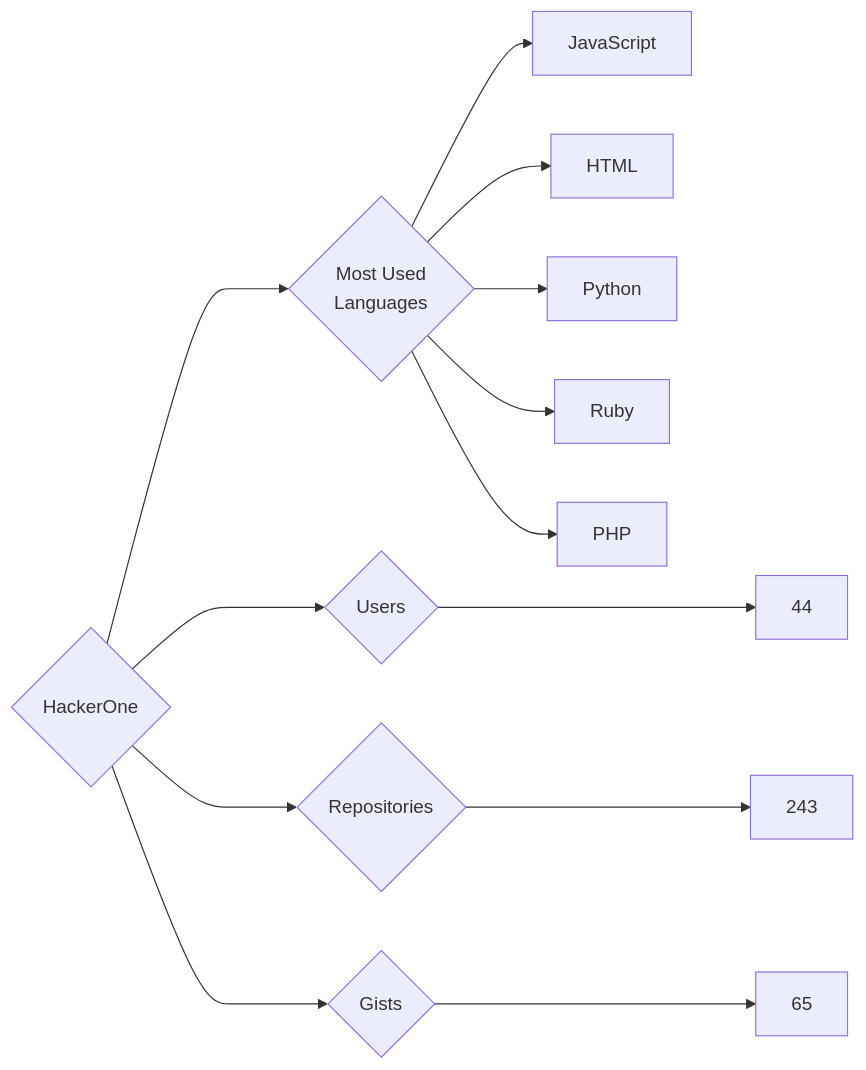
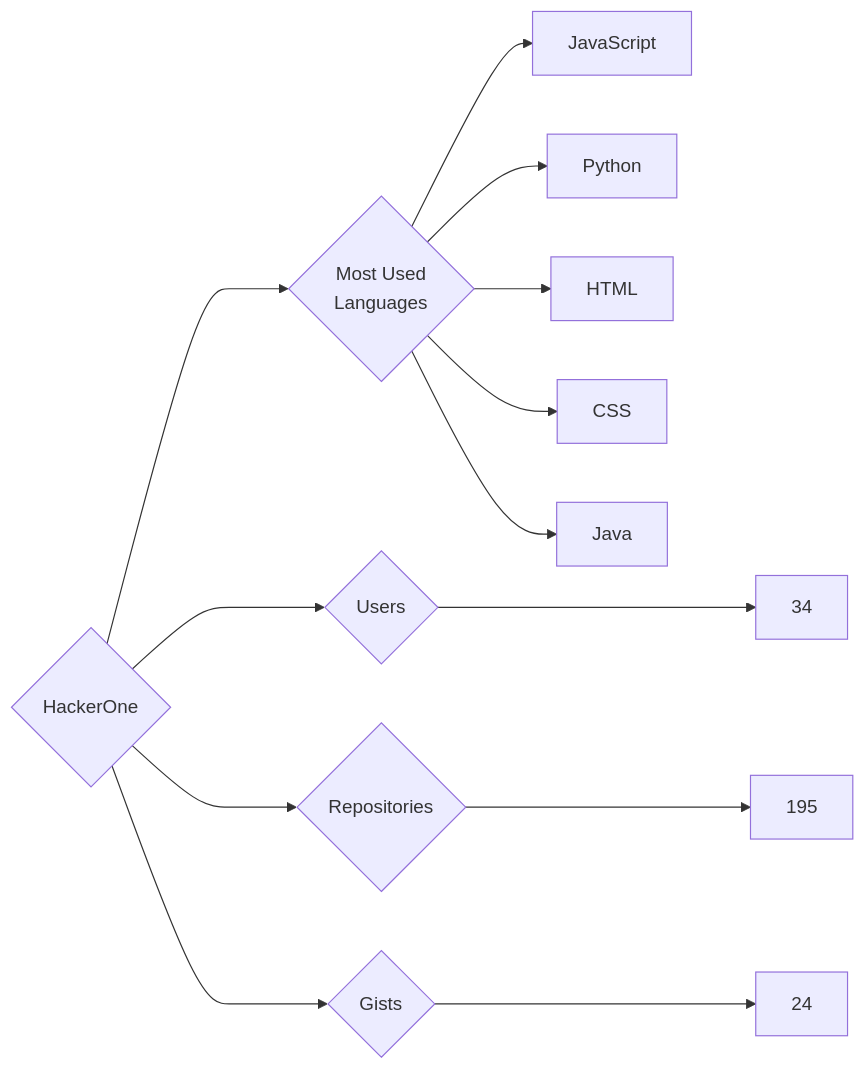
One commit to trickest/insiders changed the diagram in targets/HackerOne/README.md. Above: the diagram before and after it, drawn with Mermaid. The commit also changed 748 other files, not shown here.

````diff
--- a/targets/HackerOne/README.md
+++ b/targets/HackerOne/README.md
@@ -3,13 +3,13 @@
 ```mermaid
 graph LR
 COMPANY_NAME{HackerOne}
-COMPANY_NAME ---> U{Users} ---> UN[44]
-COMPANY_NAME ---> R{Repositories} ---> RN[243]
-COMPANY_NAME ---> G{Gists} ---> GN[65]
+COMPANY_NAME ---> U{Users} ---> UN[34]
+COMPANY_NAME ---> R{Repositories} ---> RN[195]
+COMPANY_NAME ---> G{Gists} ---> GN[24]
 COMPANY_NAME ---> ML{Most Used<br>Languages}
 ML --> JavaScript[JavaScript]
+ML --> Python[Python]
 ML --> HTML[HTML]
-ML --> Python[Python]
-ML --> Ruby[Ruby]
-ML --> PHP[PHP]
+ML --> CSS[CSS]
+ML --> Java[Java]
 ```
````
